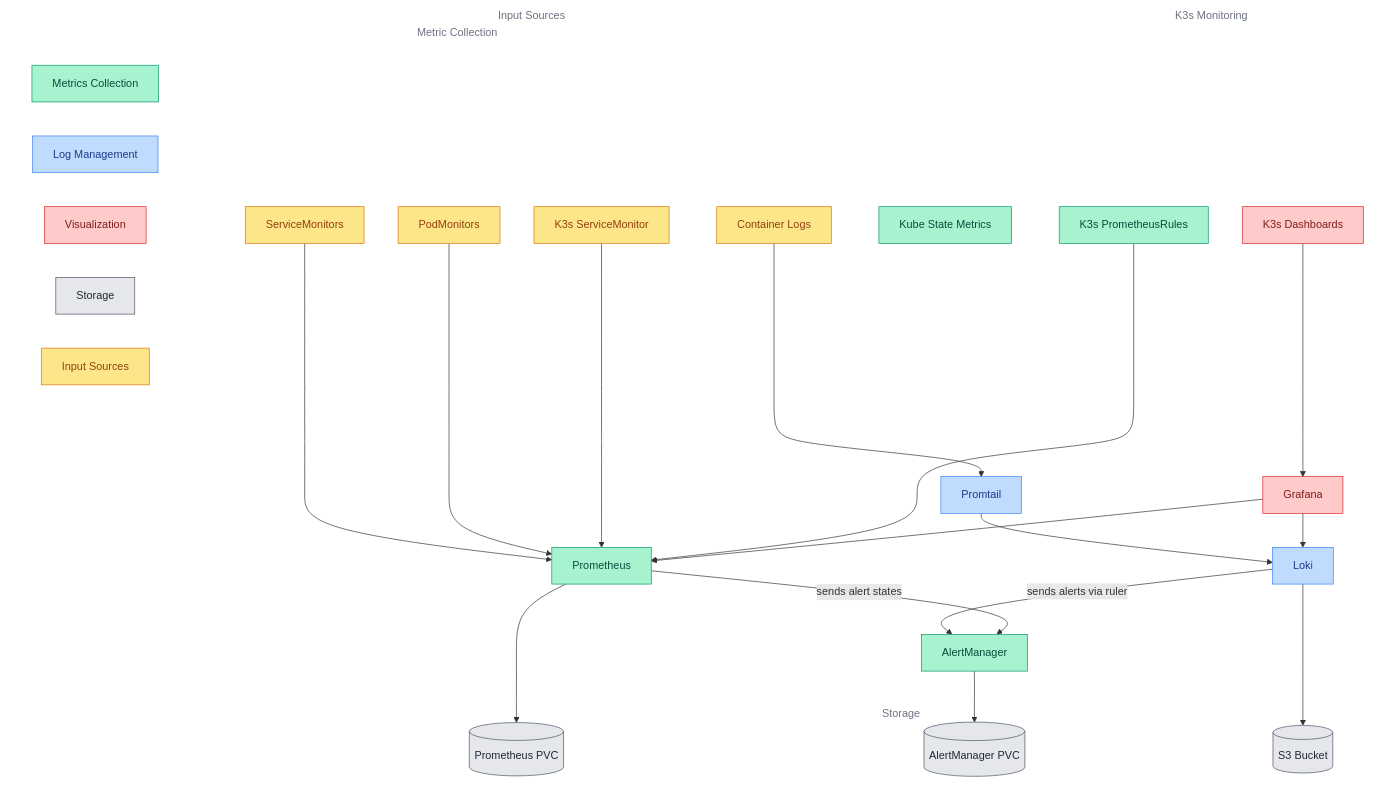
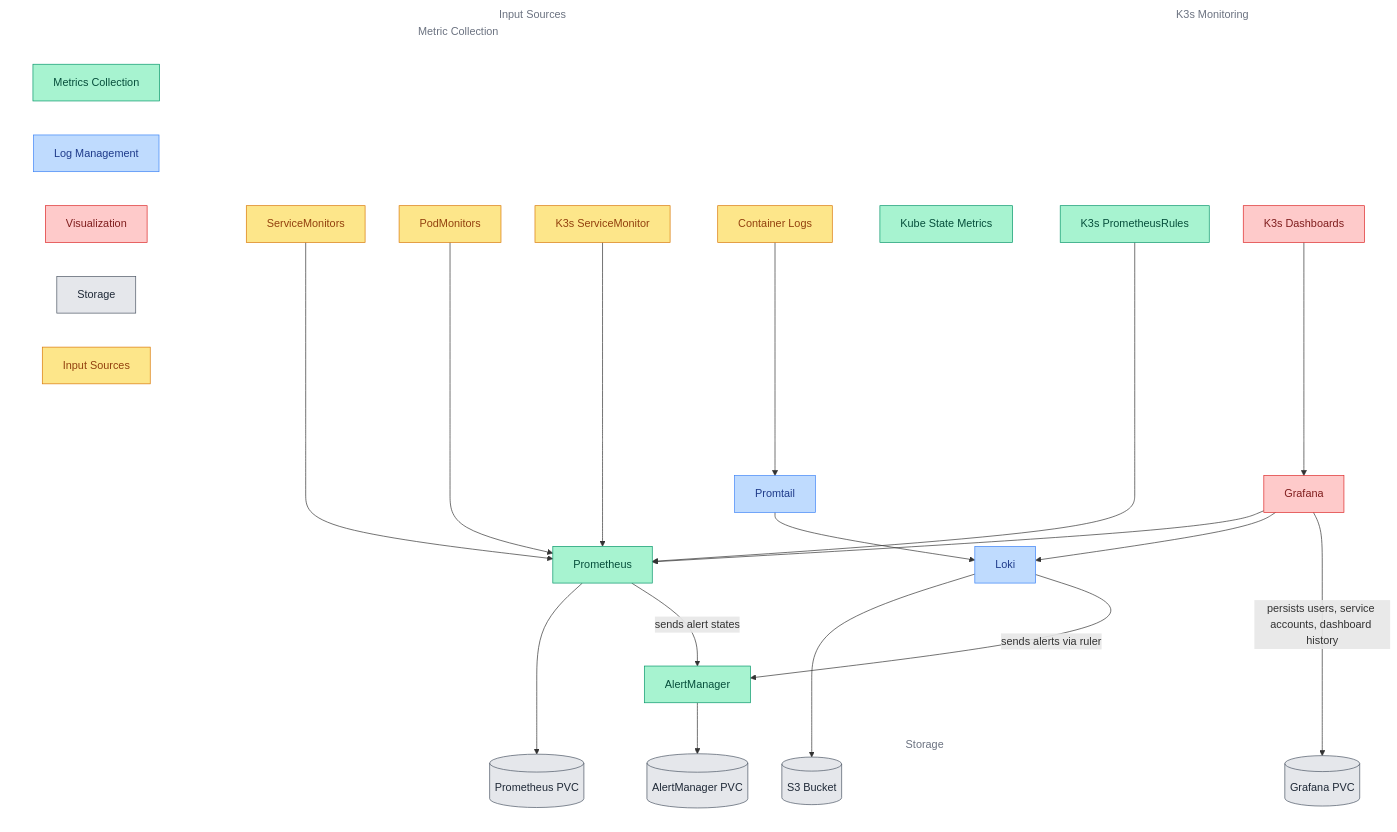
Before and after one commit to ppat/homelab-ops-kubernetes-apps: the diagram in infrastructure/subsystems/observability-core/README.md, drawn with Mermaid. The commit also changed other lines of this file and 4 other files, not shown here.

````diff
--- a/infrastructure/subsystems/observability-core/README.md
+++ b/infrastructure/subsystems/observability-core/README.md
@@ -50,78 +50,80 @@
 ```mermaid
 flowchart TB
     %% Color scheme with good contrast
     classDef metrics fill:#a7f3d0,stroke:#059669,color:#064e3b
     classDef logs fill:#bfdbfe,stroke:#3b82f6,color:#1e3a8a
     classDef viz fill:#fecaca,stroke:#dc2626,color:#7f1d1d
     classDef store fill:#e5e7eb,stroke:#4b5563,color:#1f2937
     classDef input fill:#fde68a,stroke:#d97706,color:#92400e
     classDef legend fill:none,stroke:none,color:#6b7280
 
     %% Input Sources
     subgraph inputs[Input Sources]
         container_logs[Container Logs]:::input
         subgraph metric_collection[Metric Collection]
             servicemonitors[ServiceMonitors]:::input
             podmonitors[PodMonitors]:::input
             k3s_servicemonitor[K3s ServiceMonitor]:::input
         end
     end
 
     %% K3s Monitoring
     subgraph k3s[K3s Monitoring]
         k3s_rules[K3s PrometheusRules]:::metrics
         k3s_dashboards[K3s Dashboards]:::viz
     end
 
     %% Metrics Components
     prometheus[Prometheus]:::metrics
     alertmanager[AlertManager]:::metrics
     kube_state[Kube State Metrics]:::metrics
 
     %% Logging Components
     loki[Loki]:::logs
     promtail[Promtail]:::logs
 
     %% Visualization
     grafana[Grafana]:::viz
 
     %% Storage
     subgraph storage[Storage]
         prometheus_pvc[(Prometheus PVC)]:::store
         alertmanager_pvc[(AlertManager PVC)]:::store
+        grafana_pvc[(Grafana PVC)]:::store
         s3_bucket[(S3 Bucket)]:::store
     end
 
     %% Data Flow Relationships
     container_logs --> promtail
     promtail --> loki
     loki --> s3_bucket
     loki -- "sends alerts via ruler" --> alertmanager
 
     servicemonitors & podmonitors & k3s_servicemonitor --> prometheus
     k3s_rules --> prometheus
 
     prometheus --> prometheus_pvc
     prometheus -- "sends alert states" --> alertmanager
     alertmanager --> alertmanager_pvc
 
     grafana --> prometheus
     grafana --> loki
+    grafana -- "persists users, service accounts, dashboard history" --> grafana_pvc
     k3s_dashboards --> grafana
 
     %% Simple legend
     subgraph Legend[" "]
         direction LR
         metrics[Metrics Collection]:::metrics
         logs[Log Management]:::logs
         viz[Visualization]:::viz
         store[Storage]:::store
         input[Input Sources]:::input
     end
 
     class Legend legend
     class storage legend
     class k3s legend
     class inputs legend
     class metric_collection legend
 ```
````
